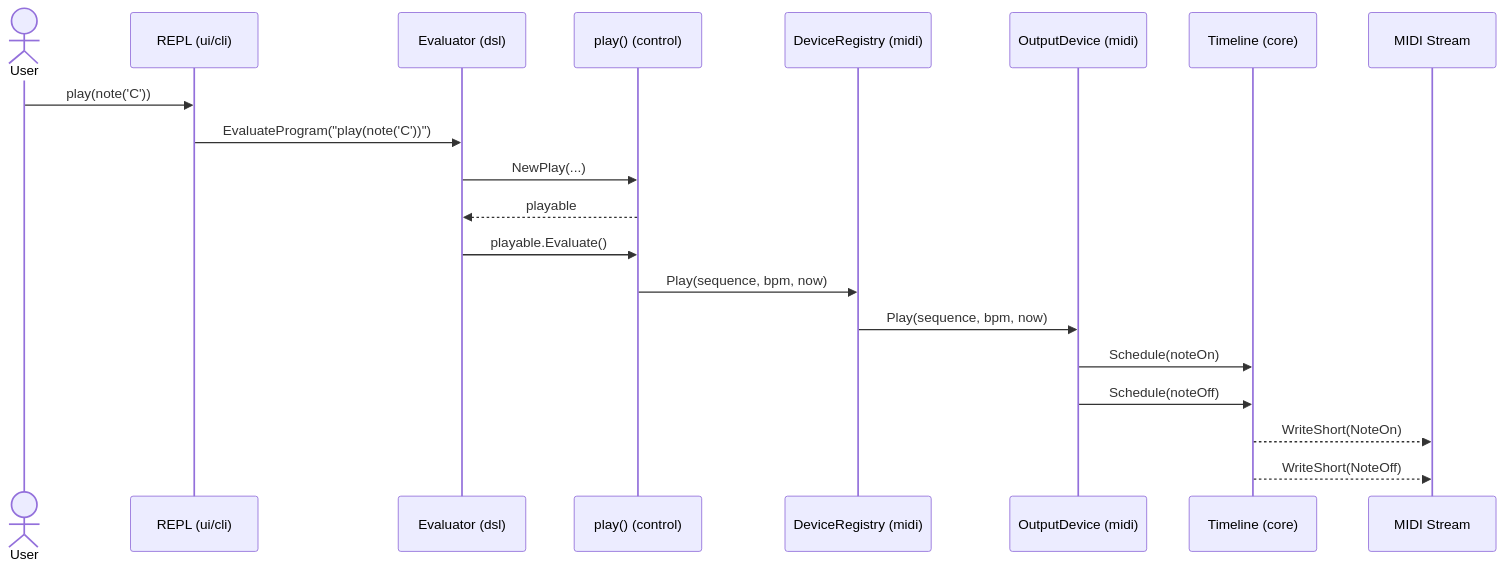
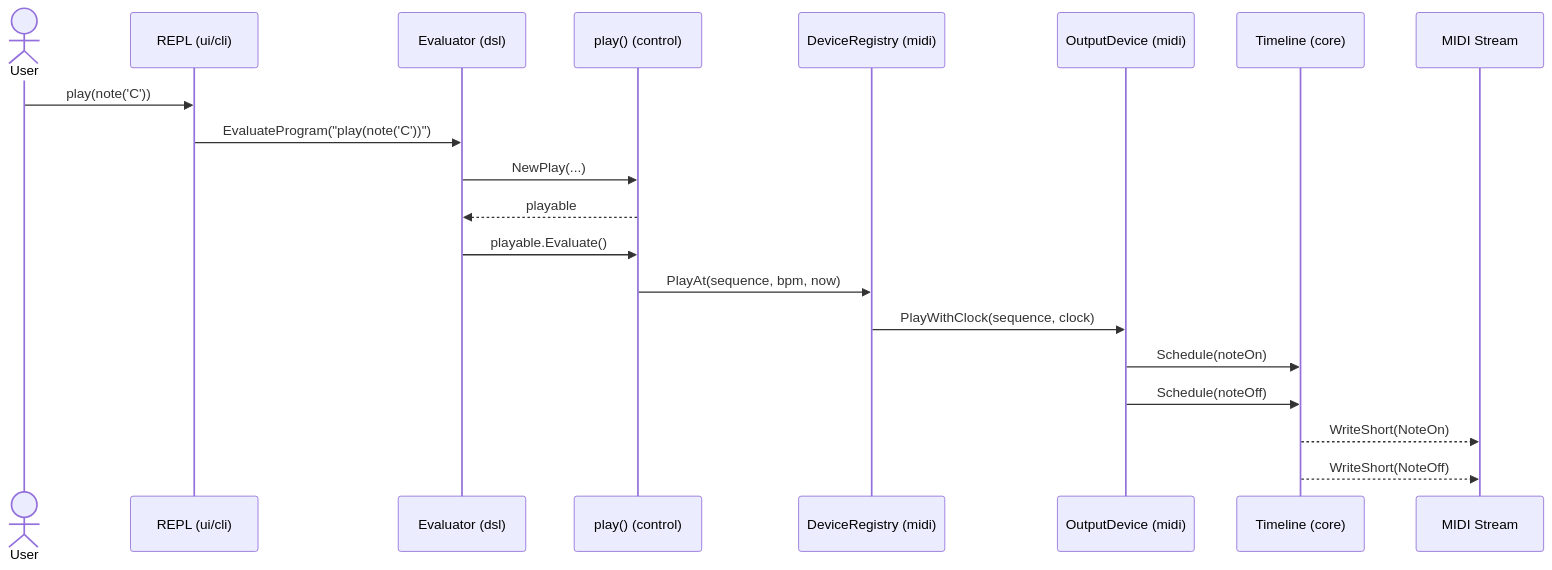
The diagram in docs/playing_an_expression.md (emicklei/melrose), drawn with Mermaid before and after one commit. The commit also changed 43 other files, not shown here.

````diff
--- a/docs/playing_an_expression.md
+++ b/docs/playing_an_expression.md
@@ -5,23 +5,23 @@
 ```mermaid
 sequenceDiagram
     actor User
     participant REPL as REPL (ui/cli)
     participant Evaluator as Evaluator (dsl)
     participant Play as play() (control)
     participant Device as DeviceRegistry (midi)
     participant Output as OutputDevice (midi)
     participant Timeline as Timeline (core)
     participant MIDI as MIDI Stream
 
     User->>REPL: play(note('C'))
     REPL->>Evaluator: EvaluateProgram("play(note('C'))")
     Evaluator->>Play: NewPlay(...)
     Play-->>Evaluator: playable
     Evaluator->>Play: playable.Evaluate()
-    Play->>Device: Play(sequence, bpm, now)
-    Device->>Output: Play(sequence, bpm, now)
+    Play->>Device: PlayAt(sequence, bpm, now)
+    Device->>Output: PlayWithClock(sequence, clock)
     Output->>Timeline: Schedule(noteOn)
     Output->>Timeline: Schedule(noteOff)
     Timeline-->>MIDI: WriteShort(NoteOn)
     Timeline-->>MIDI: WriteShort(NoteOff)
 ```
````
